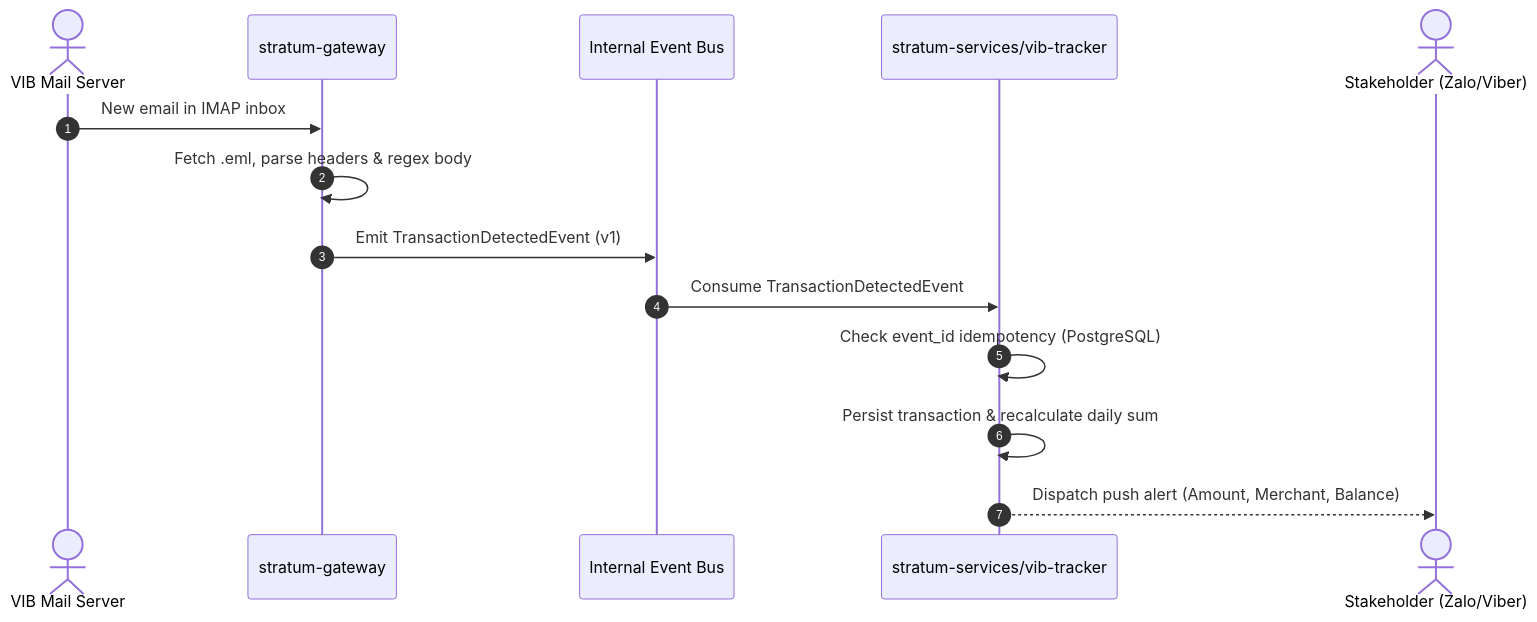
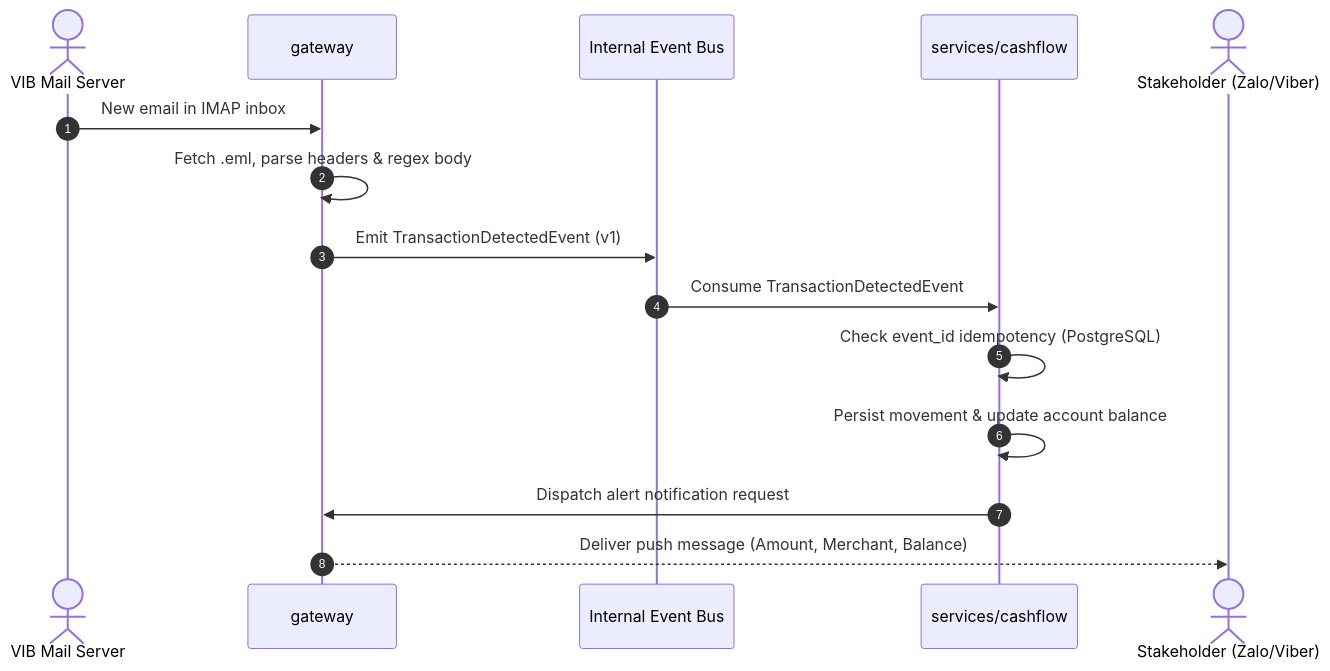
One commit to sonnormal/stratum-meta changed the diagram in flows/email-transaction-ingestion.md. Above: the diagram before and after it, drawn with Mermaid. The commit also changed other lines of this file and 21 other files, not shown here.

Commit message:
feat(arch): standardize ecosystem naming, services/cashflow, and initialize CR-26j001

````diff
--- a/flows/email-transaction-ingestion.md
+++ b/flows/email-transaction-ingestion.md
@@ -20,17 +20,18 @@
 ```mermaid
 sequenceDiagram
     autonumber
     actor VIB as VIB Mail Server
-    participant Gateway as stratum-gateway
+    participant Gateway as gateway
     participant Bus as Internal Event Bus
-    participant Service as stratum-services/vib-tracker
+    participant Cashflow as services/cashflow
     actor User as Stakeholder (Zalo/Viber)
 
     VIB->>Gateway: New email in IMAP inbox
     Gateway->>Gateway: Fetch .eml, parse headers & regex body
     Gateway->>Bus: Emit TransactionDetectedEvent (v1)
-    Bus->>Service: Consume TransactionDetectedEvent
-    Service->>Service: Check event_id idempotency (PostgreSQL)
-    Service->>Service: Persist transaction & recalculate daily sum
-    Service-->>User: Dispatch push alert (Amount, Merchant, Balance)
+    Bus->>Cashflow: Consume TransactionDetectedEvent
+    Cashflow->>Cashflow: Check event_id idempotency (PostgreSQL)
+    Cashflow->>Cashflow: Persist movement & update account balance
+    Cashflow->>Gateway: Dispatch alert notification request
+    Gateway-->>User: Deliver push message (Amount, Merchant, Balance)
 ```
````
